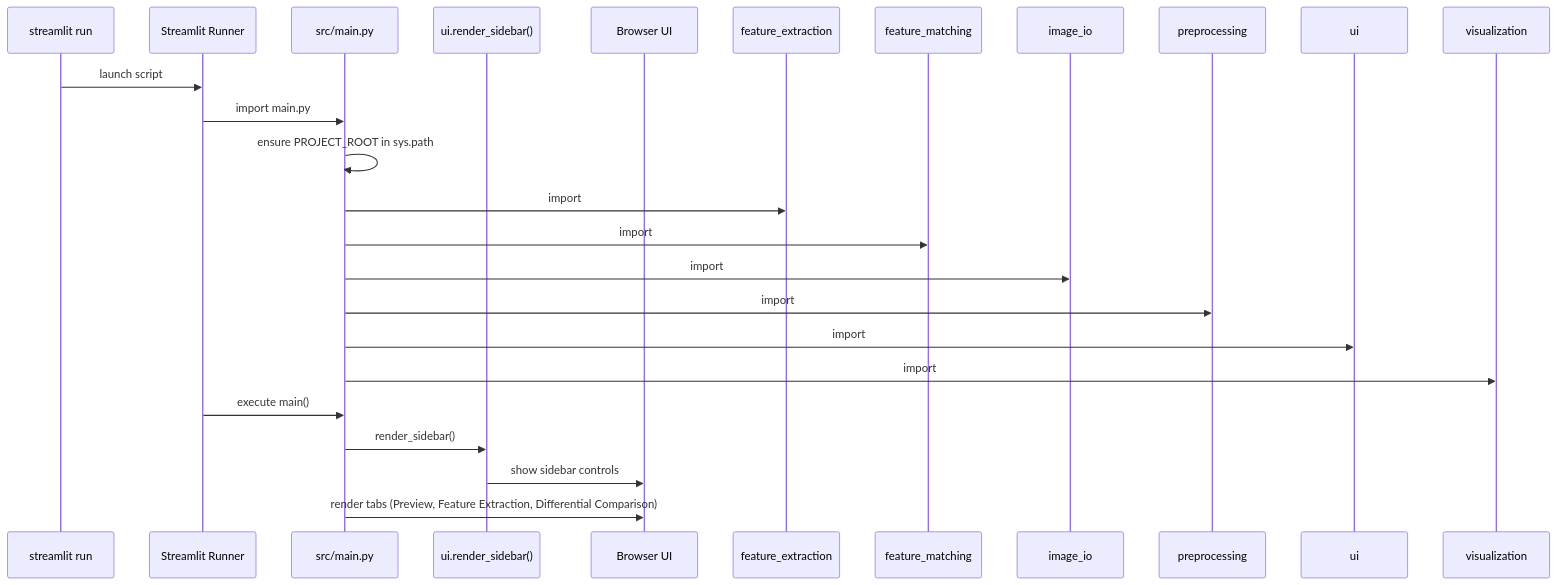
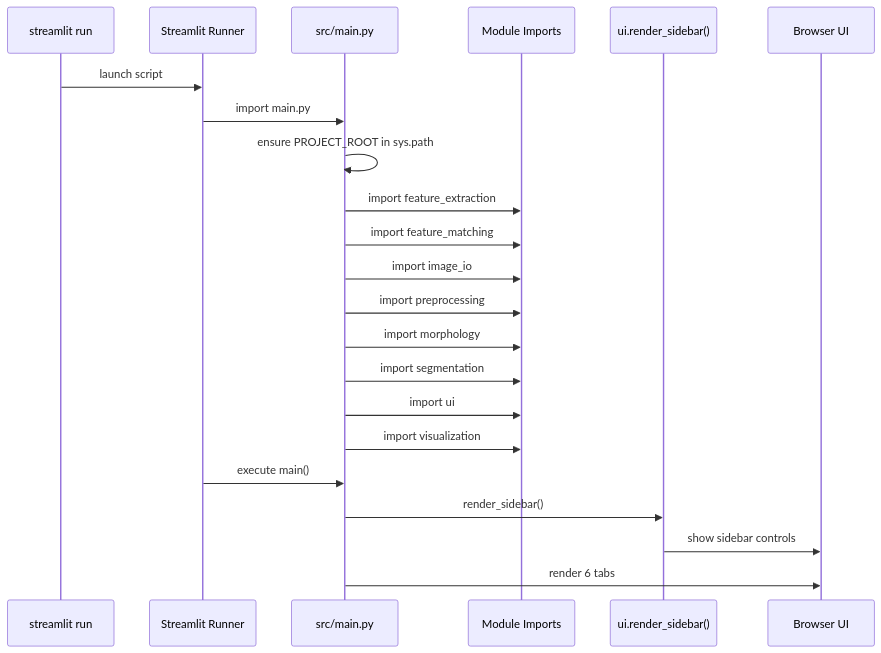
One commit to Jonnius00/Assignment-2_FeatureExtraction changed the first of 2 diagrams in developer_manual.md. Above: the diagram before and after it, drawn with Mermaid. The commit also changed other lines of this file and 3 other files, not shown here.

````diff
--- a/developer_manual.md
+++ b/developer_manual.md
@@ -10,22 +25,25 @@
 ```mermaid
 sequenceDiagram
     participant CLI as streamlit run
     participant Runner as Streamlit Runner
     participant App as src/main.py
+    participant Modules as Module Imports
     participant UI as ui.render_sidebar()
     participant User as Browser UI
 
     CLI->>Runner: launch script
     Runner->>App: import main.py
     App->>App: ensure PROJECT_ROOT in sys.path
-    App->>feature_extraction: import
-    App->>feature_matching: import
-    App->>image_io: import
-    App->>preprocessing: import
-    App->>ui: import
-    App->>visualization: import
+    App->>Modules: import feature_extraction
+    App->>Modules: import feature_matching
+    App->>Modules: import image_io
+    App->>Modules: import preprocessing
+    App->>Modules: import morphology
+    App->>Modules: import segmentation
+    App->>Modules: import ui
+    App->>Modules: import visualization
     Runner->>App: execute main()
     App->>UI: render_sidebar()
     UI->>User: show sidebar controls
-    App->>User: render tabs (Preview, Feature Extraction, Differential Comparison)
+    App->>User: render 6 tabs
 ```
````
